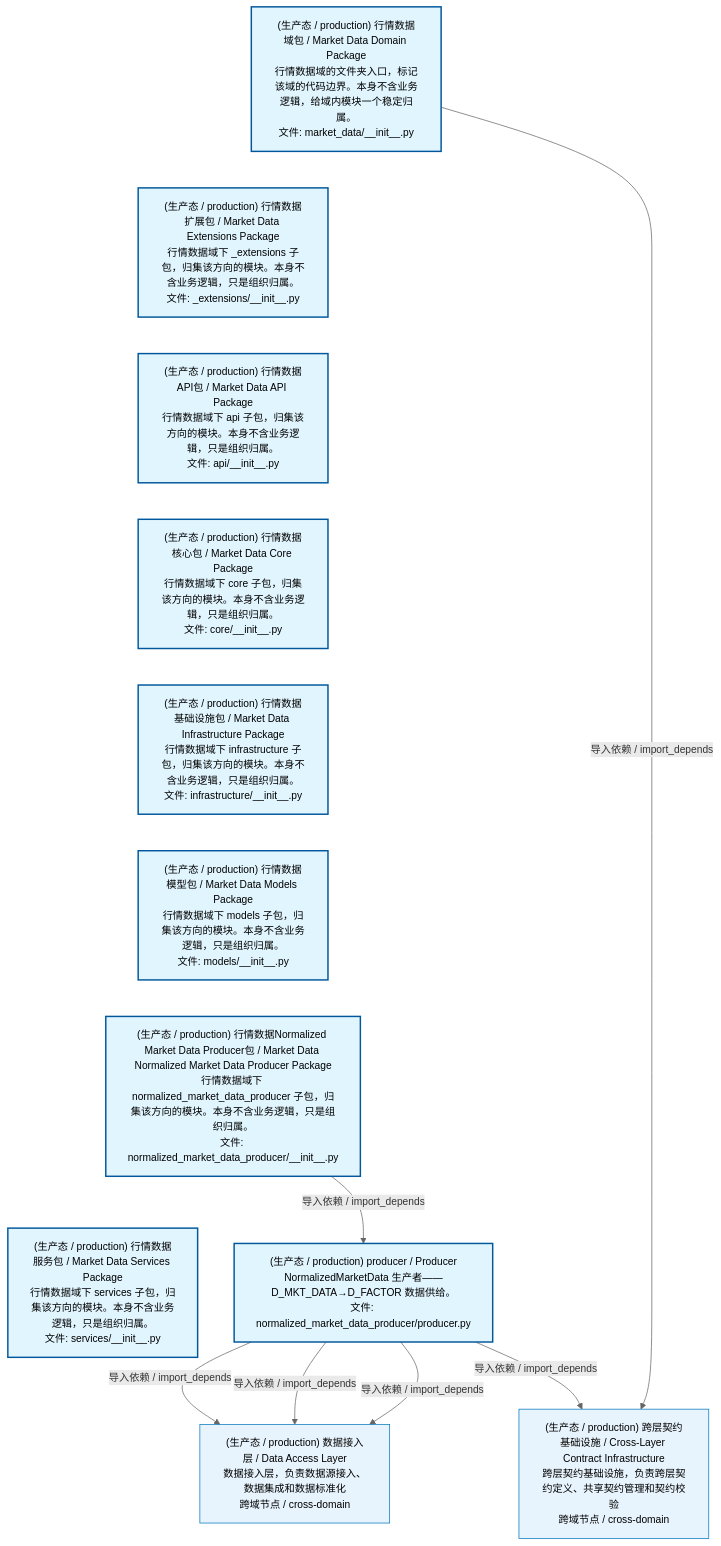
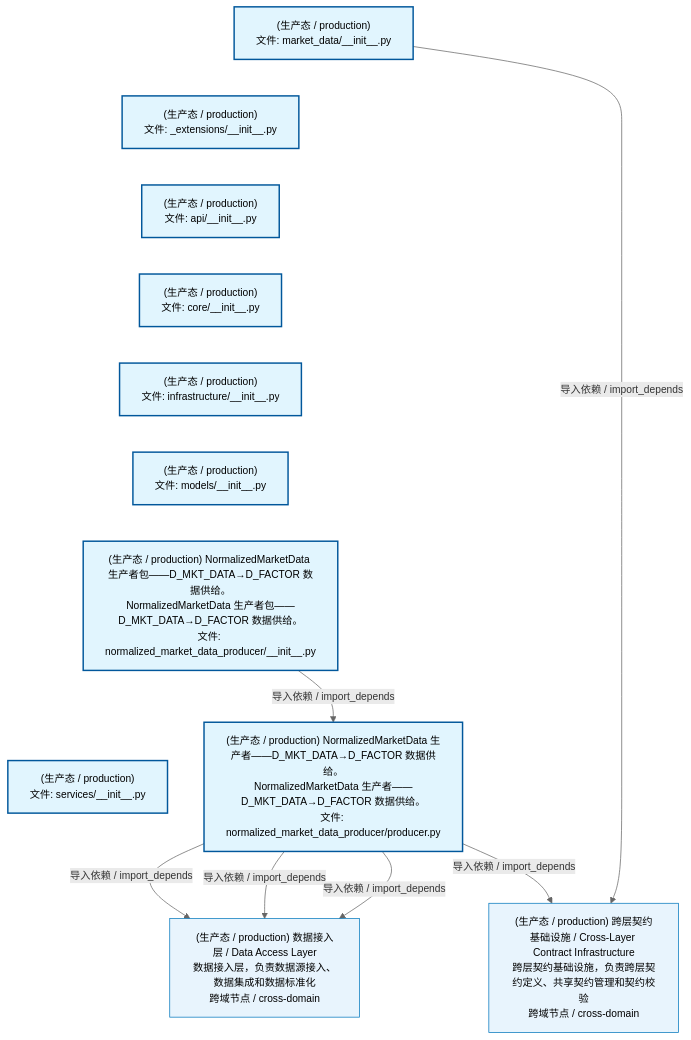
One commit to xuanFelixVan/ZephyrAlpha changed the second of 4 diagrams in docs/02_enterprise_architecture/02_domain_architecture_docs/23_d_mkt_data.md. Above: the diagram before and after it, drawn with Mermaid. The commit also changed other lines of this file and 75 other files, not shown here.

````diff
--- a/docs/02_enterprise_architecture/02_domain_architecture_docs/23_d_mkt_data.md
+++ b/docs/02_enterprise_architecture/02_domain_architecture_docs/23_d_mkt_data.md
@@ -53,34 +112,34 @@
 ```mermaid
 %%{init: {'theme': 'base', 'themeVariables': {'primaryColor': '#eaeaea', 'primaryTextColor': '#333333', 'primaryBorderColor': '#666666', 'lineColor': '#666666', 'secondaryColor': '#eaeaea', 'tertiaryColor': '#eaeaea', 'fontSize': '14px'}}}%%
 flowchart TD
-    src_zephyr_market_data_init_py["(生产态 / production) 行情数据域包 / Market Data Domain Package<br/>行情数据域的文件夹入口，标记该域的代码边界。本身不含业务逻辑，给域内模块一个稳定归属。<br/>文件: market_data/__init__.py"]
-    src_zephyr_market_data_extensions_init_py["(生产态 / production) 行情数据扩展包 / Market Data Extensions Package<br/>行情数据域下 _extensions 子包，归集该方向的模块。本身不含业务逻辑，只是组织归属。<br/>文件: _extensions/__init__.py"]
-    src_zephyr_market_data_api_init_py["(生产态 / production) 行情数据API包 / Market Data API Package<br/>行情数据域下 api 子包，归集该方向的模块。本身不含业务逻辑，只是组织归属。<br/>文件: api/__init__.py"]
-    src_zephyr_market_data_core_init_py["(生产态 / production) 行情数据核心包 / Market Data Core Package<br/>行情数据域下 core 子包，归集该方向的模块。本身不含业务逻辑，只是组织归属。<br/>文件: core/__init__.py"]
-    src_zephyr_market_data_infrastructure_init_py["(生产态 / production) 行情数据基础设施包 / Market Data Infrastructure Package<br/>行情数据域下 infrastructure 子包，归集该方向的模块。本身不含业务逻辑，只是组织归属。<br/>文件: infrastructure/__init__.py"]
-    src_zephyr_market_data_models_init_py["(生产态 / production) 行情数据模型包 / Market Data Models Package<br/>行情数据域下 models 子包，归集该方向的模块。本身不含业务逻辑，只是组织归属。<br/>文件: models/__init__.py"]
-    src_zephyr_market_data_normalized_market_data_producer_init_py["(生产态 / production) 行情数据Normalized Market Data Producer包 / Market Data Normalized Market Data Producer Package<br/>行情数据域下 normalized_market_data_producer 子包，归集该方向的模块。本身不含业务逻辑，只是组织归属。<br/>文件: normalized_market_data_producer/__init__.py"]
-    src_zephyr_market_data_services_init_py["(生产态 / production) 行情数据服务包 / Market Data Services Package<br/>行情数据域下 services 子包，归集该方向的模块。本身不含业务逻辑，只是组织归属。<br/>文件: services/__init__.py"]
+    src_zephyr_market_data_init_py["(生产态 / production)<br/>文件: market_data/__init__.py"]
+    src_zephyr_market_data_extensions_init_py["(生产态 / production)<br/>文件: _extensions/__init__.py"]
+    src_zephyr_market_data_api_init_py["(生产态 / production)<br/>文件: api/__init__.py"]
+    src_zephyr_market_data_core_init_py["(生产态 / production)<br/>文件: core/__init__.py"]
+    src_zephyr_market_data_infrastructure_init_py["(生产态 / production)<br/>文件: infrastructure/__init__.py"]
+    src_zephyr_market_data_models_init_py["(生产态 / production)<br/>文件: models/__init__.py"]
+    src_zephyr_market_data_normalized_market_data_producer_init_py["(生产态 / production) NormalizedMarketData 生产者包——D_MKT_DATA→D_FACTOR 数据供给。<br/>NormalizedMarketData 生产者包——D_MKT_DATA→D_FACTOR 数据供给。<br/>文件: normalized_market_data_producer/__init__.py"]
+    src_zephyr_market_data_services_init_py["(生产态 / production)<br/>文件: services/__init__.py"]
     src_zephyr_market_data_init_py ~~~ src_zephyr_market_data_extensions_init_py
     src_zephyr_market_data_extensions_init_py ~~~ src_zephyr_market_data_api_init_py
     src_zephyr_market_data_api_init_py ~~~ src_zephyr_market_data_core_init_py
     src_zephyr_market_data_core_init_py ~~~ src_zephyr_market_data_infrastructure_init_py
     src_zephyr_market_data_infrastructure_init_py ~~~ src_zephyr_market_data_models_init_py
     src_zephyr_market_data_models_init_py ~~~ src_zephyr_market_data_normalized_market_data_producer_init_py
     src_zephyr_market_data_normalized_market_data_producer_init_py ~~~ src_zephyr_market_data_services_init_py
-    src_zephyr_market_data_normalized_market_data_producer_producer_py["(生产态 / production) producer / Producer<br/>NormalizedMarketData 生产者——D_MKT_DATA→D_FACTOR 数据供给。<br/>文件: normalized_market_data_producer/producer.py"]
+    src_zephyr_market_data_normalized_market_data_producer_producer_py["(生产态 / production) NormalizedMarketData 生产者——D_MKT_DATA→D_FACTOR 数据供给。<br/>NormalizedMarketData 生产者——D_MKT_DATA→D_FACTOR 数据供给。<br/>文件: normalized_market_data_producer/producer.py"]
     src_zephyr_market_data_normalized_market_data_producer_init_py -->|导入依赖 / import_depends| src_zephyr_market_data_normalized_market_data_producer_producer_py
     D_DATA["(生产态 / production) 数据接入层 / Data Access Layer<br/>数据接入层，负责数据源接入、数据集成和数据标准化<br/>跨域节点 / cross-domain"]
     src_zephyr_market_data_normalized_market_data_producer_producer_py -->|导入依赖 / import_depends| D_DATA
     src_zephyr_market_data_normalized_market_data_producer_producer_py -->|导入依赖 / import_depends| D_DATA
     src_zephyr_market_data_normalized_market_data_producer_producer_py -->|导入依赖 / import_depends| D_DATA
     D_INFRASTRUCTURE["(生产态 / production) 跨层契约基础设施 / Cross-Layer Contract Infrastructure<br/>跨层契约基础设施，负责跨层契约定义、共享契约管理和契约校验<br/>跨域节点 / cross-domain"]
     src_zephyr_market_data_normalized_market_data_producer_producer_py -->|导入依赖 / import_depends| D_INFRASTRUCTURE
     src_zephyr_market_data_init_py -->|导入依赖 / import_depends| D_INFRASTRUCTURE
     classDef production fill:#e1f5fe,stroke:#01579b,stroke-width:2px,color:#000
     classDef design fill:#fff3e0,stroke:#e65100,stroke-width:2px,color:#000,stroke-dasharray: 5 5
     classDef external_prod fill:#e8f4fd,stroke:#0277bd,stroke-width:1px,color:#000
     classDef external_design fill:#fff8e7,stroke:#ef6c00,stroke-width:1px,color:#000,stroke-dasharray: 5 5
     class src_zephyr_market_data_init_py,src_zephyr_market_data_extensions_init_py,src_zephyr_market_data_api_init_py,src_zephyr_market_data_core_init_py,src_zephyr_market_data_infrastructure_init_py,src_zephyr_market_data_models_init_py,src_zephyr_market_data_normalized_market_data_producer_init_py,src_zephyr_market_data_normalized_market_data_producer_producer_py,src_zephyr_market_data_services_init_py production
     class D_DATA,D_INFRASTRUCTURE external_prod
 ```
````
